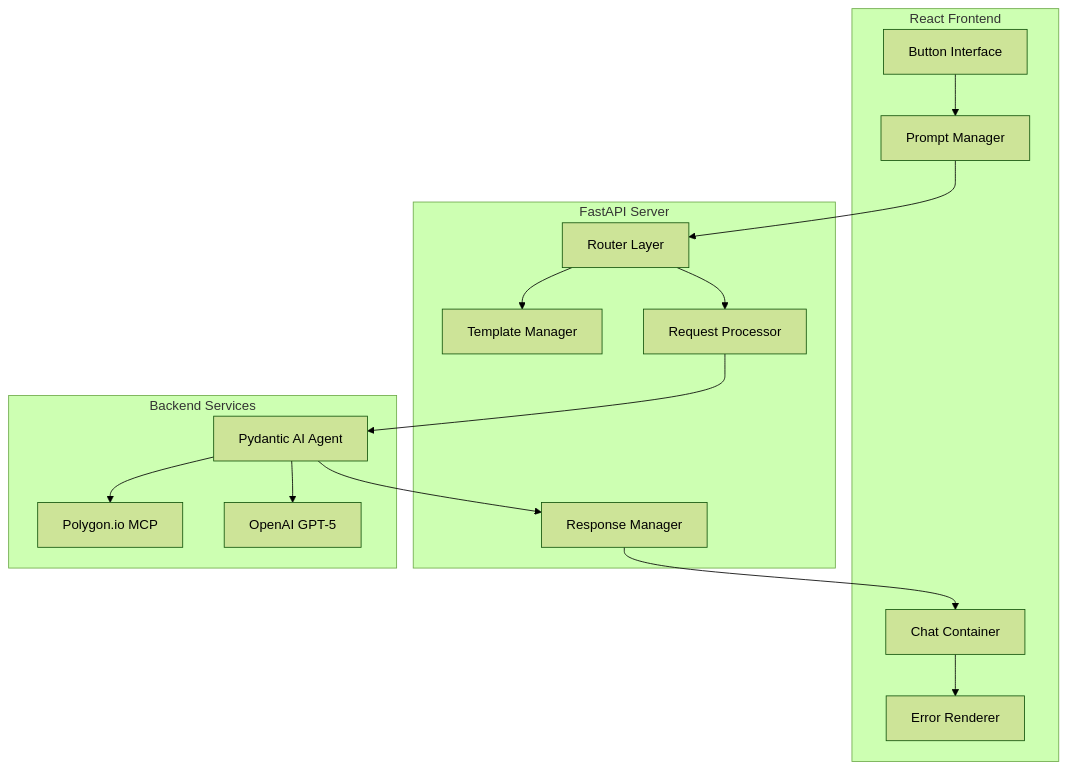
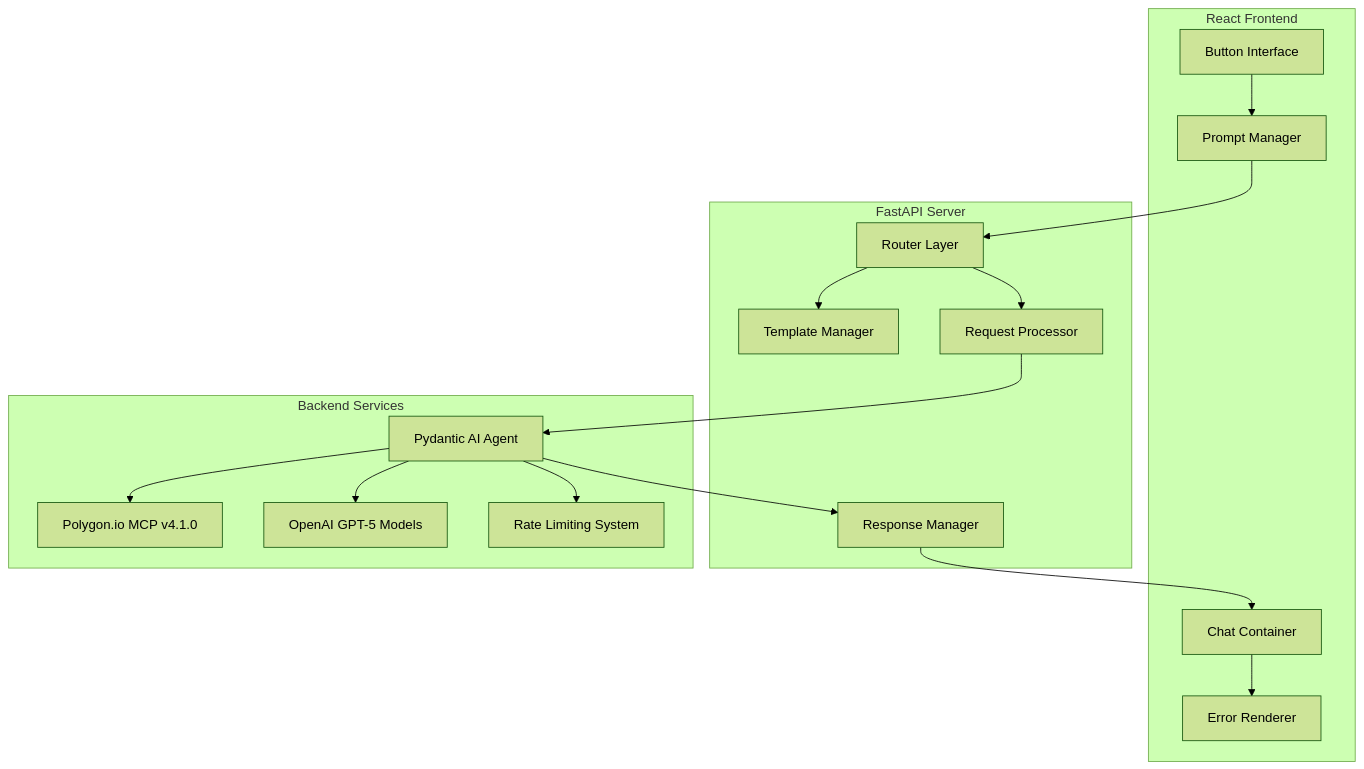
Before and after one commit to AnthonyVo1987/market-parser-polygon-mcp: the diagram in docs/api/api-integration-guide.md, drawn with Mermaid (forest theme). The commit also changed other lines of this file and 20 other files, not shown here.

First line of the commit message:
feat: GPT-5 model integration with rate limiting optimization and comprehensive documentation update

````diff
--- a/docs/api/api-integration-guide.md
+++ b/docs/api/api-integration-guide.md
@@ -16,33 +19,35 @@
 ```mermaid
 graph TB
     subgraph "React Frontend"
         UI[Button Interface]
         PM[Prompt Manager]
         CC[Chat Container]
         ER[Error Renderer]
     end
     
     subgraph "FastAPI Server"
         RT[Router Layer]
         TM[Template Manager]
         RP[Request Processor]
         RM[Response Manager]
     end
     
     subgraph "Backend Services"
         AI[Pydantic AI Agent]
-        PG[Polygon.io MCP]
-        OA[OpenAI GPT-5]
+        PG[Polygon.io MCP v4.1.0]
+        OA[OpenAI GPT-5 Models]
+        RL[Rate Limiting System]
     end
     
     UI --> PM
     PM --> RT
     RT --> TM
     RT --> RP
     RP --> AI
     AI --> PG
     AI --> OA
+    AI --> RL
     AI --> RM
     RM --> CC
     CC --> ER
 ```
````
